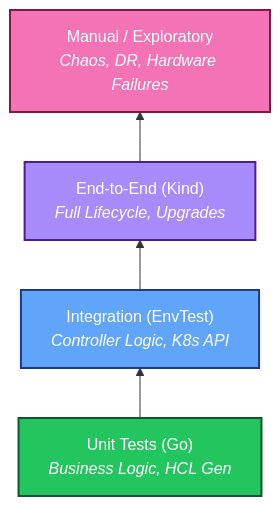
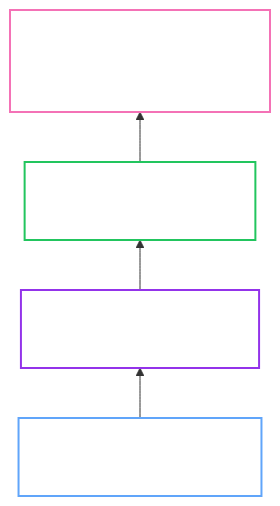
One commit to dc-tec/openbao-operator changed the diagram in docs/contributing/testing.md. Above: the diagram before and after it, drawn with Mermaid. The commit also changed 48 other files, not shown here.

````diff
--- a/docs/contributing/testing.md
+++ b/docs/contributing/testing.md
@@ -5,21 +5,21 @@
 ```mermaid
 graph BT
     Unit["Unit Tests (Go)<br/><i>Business Logic, HCL Gen</i>"]
     Integration["Integration (EnvTest)<br/><i>Controller Logic, K8s API</i>"]
     E2E["End-to-End (Kind)<br/><i>Full Lifecycle, Upgrades</i>"]
     Manual["Manual / Exploratory<br/><i>Chaos, DR, Hardware Failures</i>"]
 
     Unit --> Integration
     Integration --> E2E
     E2E --> Manual
 
-    classDef manual fill:#f472b6,stroke:#831843,stroke-width:2px,color:white
-    classDef e2e fill:#a78bfa,stroke:#4c1d95,stroke-width:2px,color:white
-    classDef integration fill:#60a5fa,stroke:#1e3a8a,stroke-width:2px,color:white
-    classDef unit fill:#22c55e,stroke:#14532d,stroke-width:2px,color:white
+    classDef read fill:transparent,stroke:#60a5fa,stroke-width:2px,color:#fff;
+    classDef write fill:transparent,stroke:#22c55e,stroke-width:2px,color:#fff;
+    classDef process fill:transparent,stroke:#9333ea,stroke-width:2px,color:#fff;
+    classDef git fill:transparent,stroke:#f472b6,stroke-width:2px,color:#fff;
 
-    class Manual manual
-    class E2E e2e
-    class Integration integration
-    class Unit unit
+    class Unit read;
+    class Integration process;
+    class E2E write;
+    class Manual git;
 ```
````
